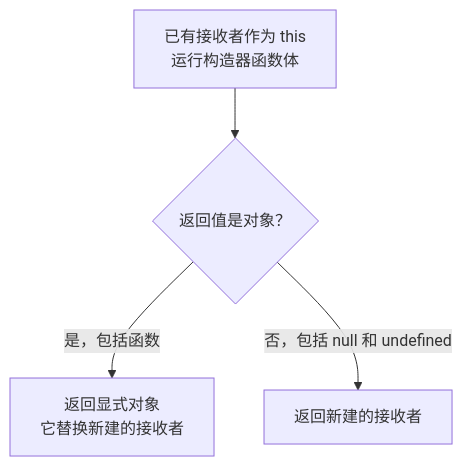
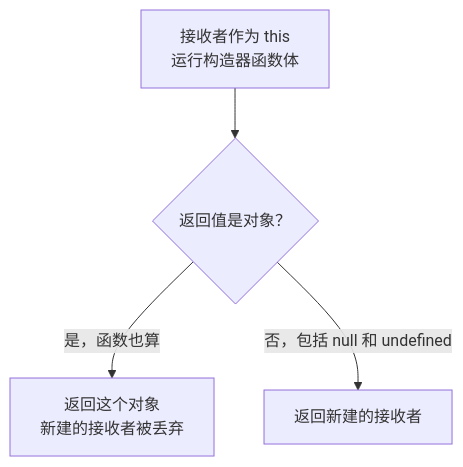
One commit to Negronii/MyNotes changed the second of 2 diagrams in frontend/javascript/construction-and-new.md. Above: the diagram before and after it, drawn with Mermaid. The commit also changed other lines of this file and 288 other files, not shown here.

```diff
--- a/frontend/javascript/construction-and-new.md
+++ b/frontend/javascript/construction-and-new.md
@@ -72,7 +111,7 @@
 ~~~mermaid
 %%{init: {"flowchart": {"wrappingWidth": 280}}}%%
 flowchart TD
-  I["已有接收者作为 this<br/>运行构造器函数体"] --> T{"返回值是对象？"}
-  T -->|是，包括函数| O["返回显式对象<br/>它替换新建的接收者"]
+  I["接收者作为 this<br/>运行构造器函数体"] --> T{"返回值是对象？"}
+  T -->|是，函数也算| O["返回这个对象<br/>新建的接收者被丢弃"]
   T -->|否，包括 null 和 undefined| N["返回新建的接收者"]
 ~~~
```
